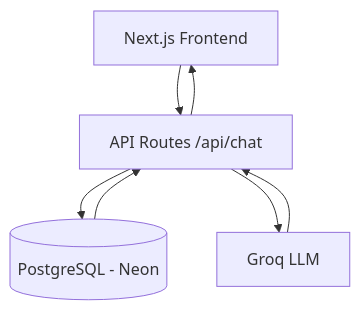
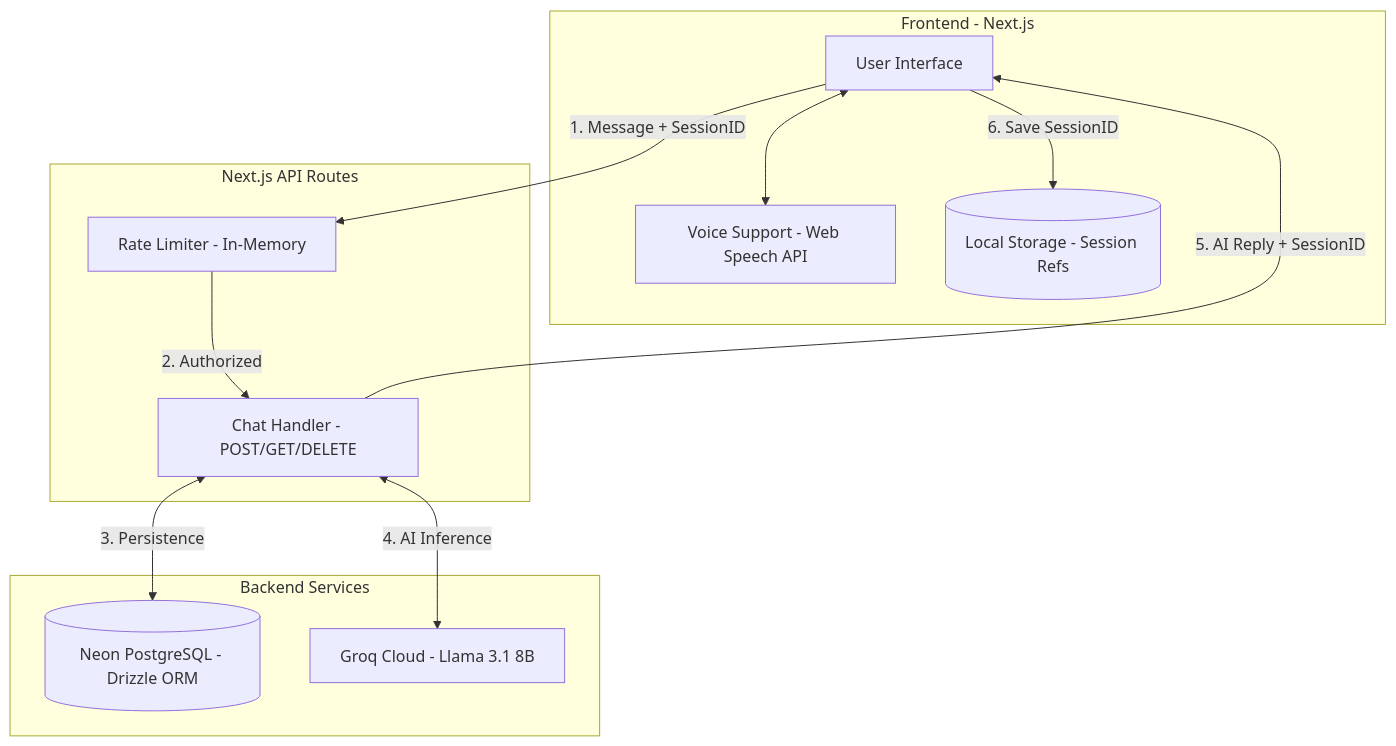
The first of 2 diagrams in README.md (Rohaz-bhalla/Support-Core), drawn with Mermaid before and after one commit. The commit also changed other lines of this file, not shown here.

````diff
--- a/README.md
+++ b/README.md
@@ -34,9 +29,27 @@
 ```mermaid
 flowchart TD
-    UI[Next.js Frontend] --> API[API Routes /api/chat]
-    API --> DB[(PostgreSQL - Neon)]
-    API --> LLM[Groq LLM]
-    LLM --> API
-    DB --> API
-    API --> UI
+    subgraph Client_Side [Frontend - Next.js]
+        UI[User Interface]
+        VS[Voice Support - Web Speech API]
+        LS[(Local Storage - Session Refs)]
+    end
+
+    subgraph API_Layer [Next.js API Routes]
+        RL[Rate Limiter - In-Memory]
+        CH[Chat Handler - POST/GET/DELETE]
+    end
+
+    subgraph External_Services [Backend Services]
+        DB[(Neon PostgreSQL - Drizzle ORM)]
+        LLM[Groq Cloud - Llama 3.1 8B]
+    end
+
+    UI <--> VS
+    UI -->|1. Message + SessionID| RL
+    RL -->|2. Authorized| CH
+    CH <-->|3. Persistence| DB
+    CH <-->|4. AI Inference| LLM
+    CH -->|5. AI Reply + SessionID| UI
+    UI -->|6. Save SessionID| LS
+
 ```
````
